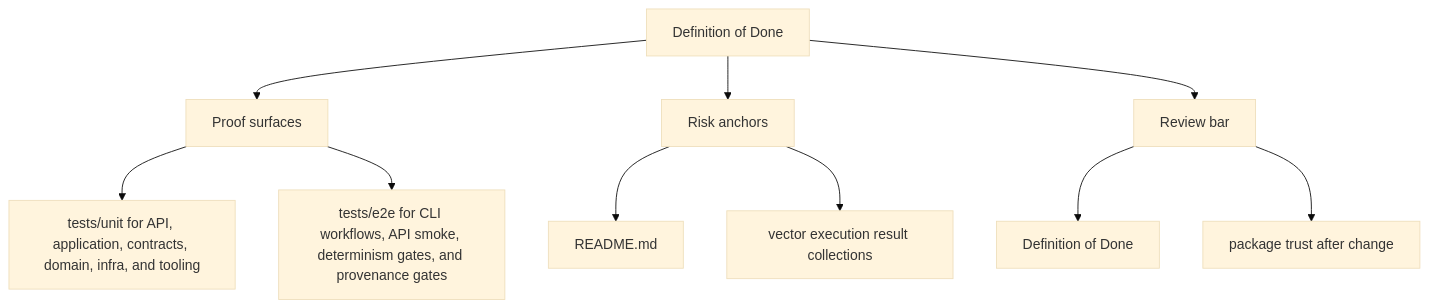
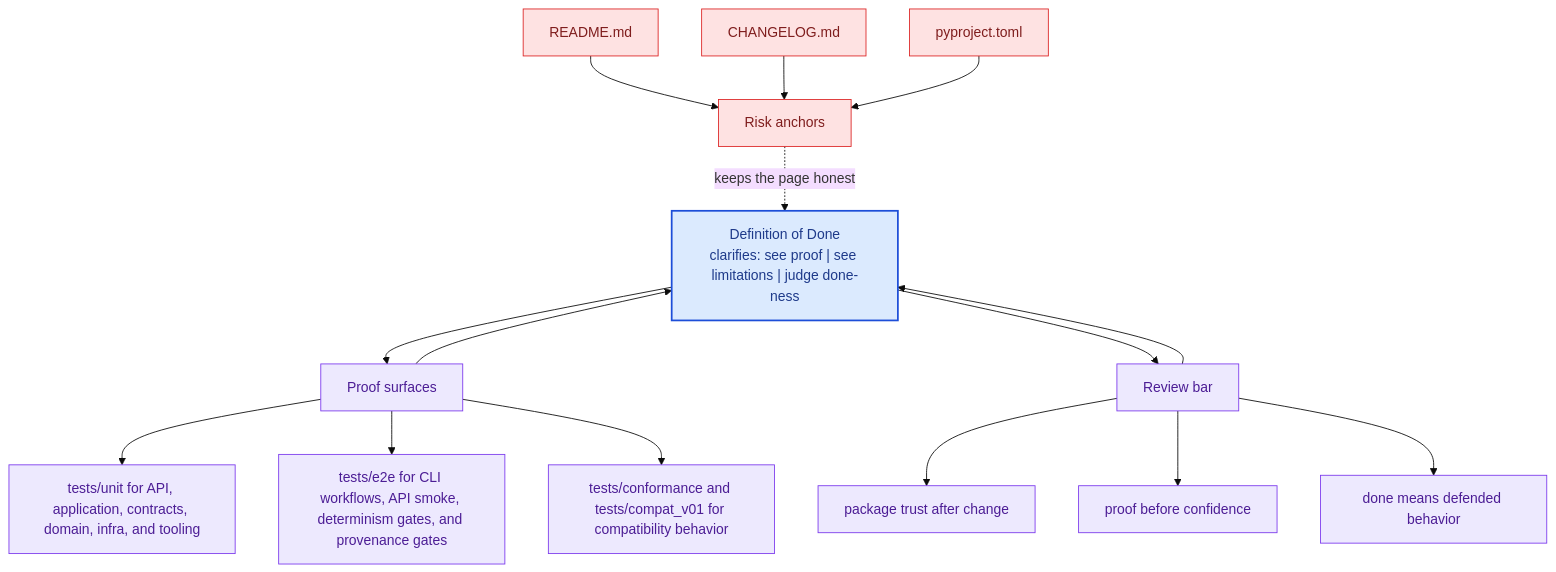
One commit to bijux/bijux-canon changed the second of 2 diagrams in docs/bijux-canon-index/quality/definition-of-done.md. Above: the diagram before and after it, drawn with Mermaid (base theme). The commit also changed other lines of this file and 281 other files, not shown here.

Commit message:
docs(diagrams): deepen handbook mermaid maps across the catalog

````diff
--- a/docs/bijux-canon-index/quality/definition-of-done.md
+++ b/docs/bijux-canon-index/quality/definition-of-done.md
@@ -34,22 +67,41 @@
 ```mermaid
-flowchart TD
-    page["Definition of Done"]
+flowchart TB
+    promise["Definition of Done<br/>clarifies: see proof | see limitations | judge done-ness"]
+    classDef promise fill:#dbeafe,stroke:#1d4ed8,color:#1e3a8a,stroke-width:2px;
+    classDef driver fill:#dcfce7,stroke:#16a34a,color:#14532d;
+    classDef constraint fill:#fee2e2,stroke:#dc2626,color:#7f1d1d;
+    classDef ground fill:#ede9fe,stroke:#7c3aed,color:#4c1d95;
     focus1["Proof surfaces"]
-    page --> focus1
+    focus1 --> promise
+    promise --> focus1
     focus1_1["tests/unit for API, application, contracts, domain, infra, and tooling"]
     focus1 --> focus1_1
     focus1_2["tests/e2e for CLI workflows, API smoke, determinism gates, and provenance gates"]
     focus1 --> focus1_2
+    focus1_3["tests/conformance and tests/compat_v01 for compatibility behavior"]
+    focus1 --> focus1_3
+    class focus1 ground;
+    class focus1_1,focus1_2,focus1_3 ground;
     focus2["Risk anchors"]
-    page --> focus2
+    focus2 -.keeps the page honest.-> promise
     focus2_1["README.md"]
-    focus2 --> focus2_1
-    focus2_2["vector execution result collections"]
-    focus2 --> focus2_2
+    focus2_1 --> focus2
+    focus2_2["CHANGELOG.md"]
+    focus2_2 --> focus2
+    focus2_3["pyproject.toml"]
+    focus2_3 --> focus2
+    class focus2 constraint;
+    class focus2_1,focus2_2,focus2_3 constraint;
     focus3["Review bar"]
-    page --> focus3
-    focus3_1["Definition of Done"]
+    focus3 --> promise
+    promise --> focus3
+    focus3_1["package trust after change"]
     focus3 --> focus3_1
-    focus3_2["package trust after change"]
+    focus3_2["proof before confidence"]
     focus3 --> focus3_2
+    focus3_3["done means defended behavior"]
+    focus3 --> focus3_3
+    class focus3 ground;
+    class focus3_1,focus3_2,focus3_3 ground;
+    class promise promise;
 ```
````
